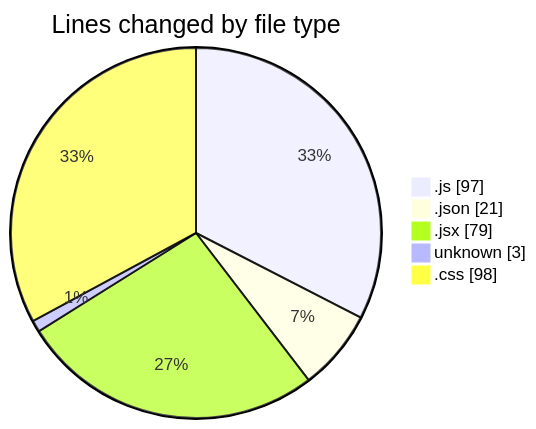
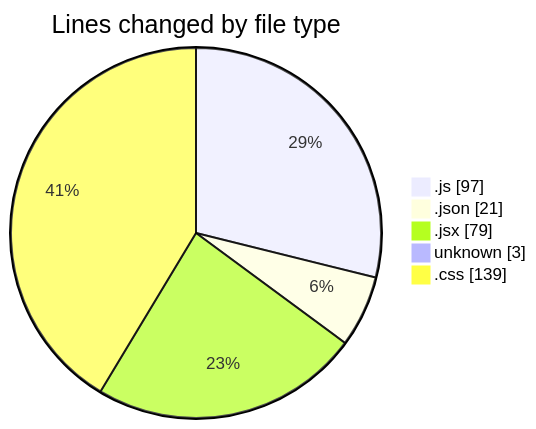
Before and after one commit to Ritupan-Deka/code-tracking: the first of 2 diagrams in 2025-06-03/realtimechat/README.md, drawn with Mermaid. The commit also changed other lines of this file and 1 other file, not shown here.

````diff
--- a/2025-06-03/realtimechat/README.md
+++ b/2025-06-03/realtimechat/README.md
@@ -25,9 +25,9 @@
 ```mermaid
 pie showData
 title Lines changed by file type
 ".js" : 97
 ".json" : 21
 ".jsx" : 79
 "unknown" : 3
-".css" : 98
+".css" : 139
 ```
````
